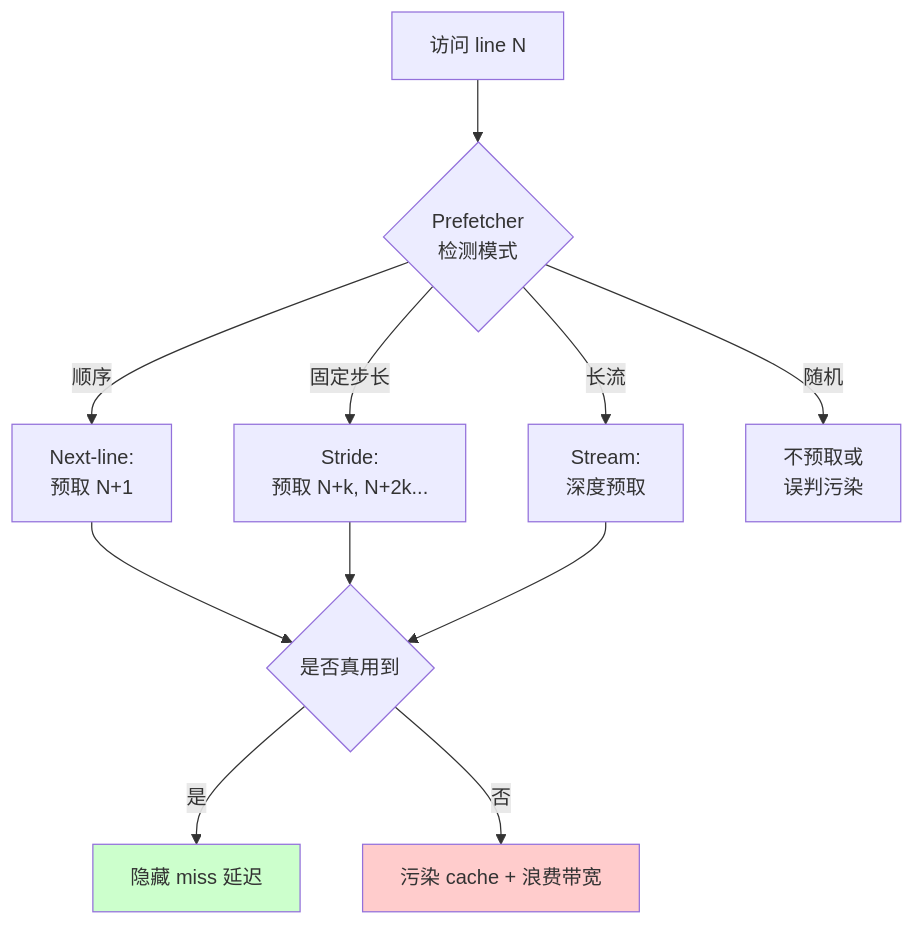
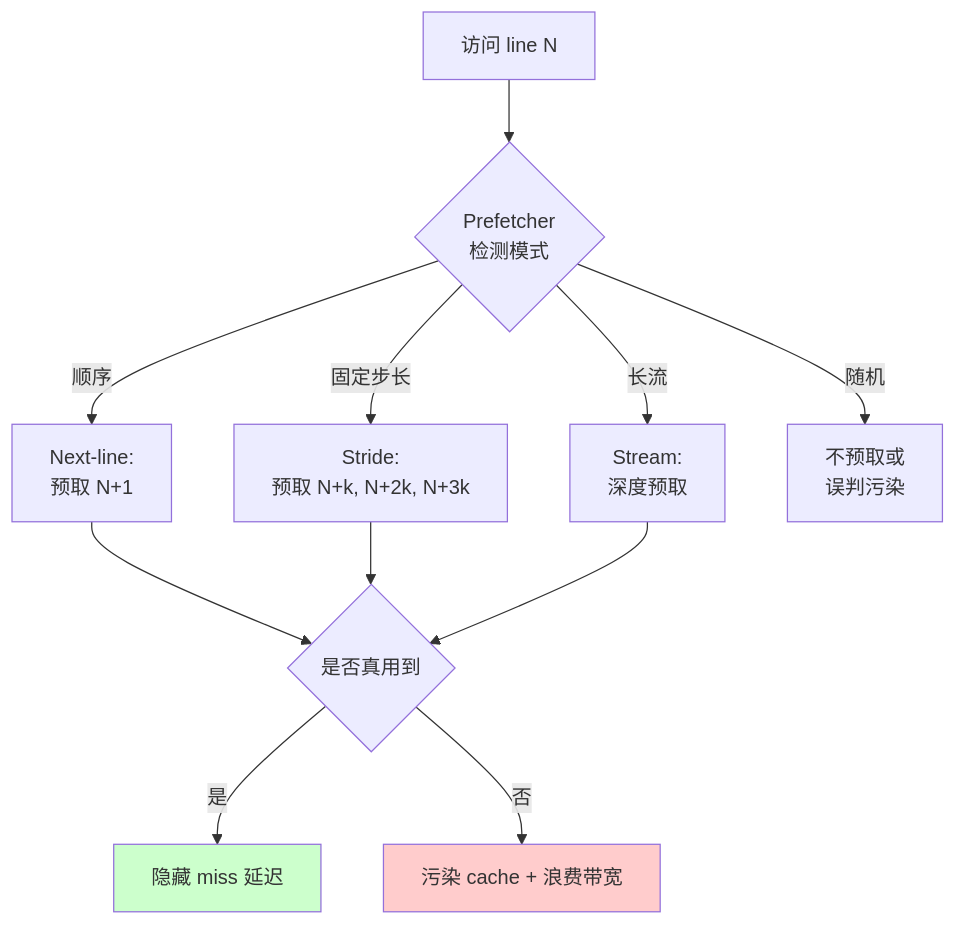
The seventh of 7 diagrams in ai-infra-tutorial/part0-foundations-of-systems/0a5-cache-hierarchy.md (qxhy123/learn), drawn with Mermaid before and after one commit. The commit also changed 15 other files, not shown here.

````diff
--- a/ai-infra-tutorial/part0-foundations-of-systems/0a5-cache-hierarchy.md
+++ b/ai-infra-tutorial/part0-foundations-of-systems/0a5-cache-hierarchy.md
@@ -398,15 +398,15 @@
 ```mermaid
 flowchart TB
   Access[访问 line N] --> Detect{Prefetcher<br/>检测模式}
   Detect -->|顺序| NextLine[Next-line:<br/>预取 N+1]
-  Detect -->|固定步长| Stride[Stride:<br/>预取 N+k, N+2k...]
+  Detect -->|固定步长| Stride[Stride:<br/>预取 N+k, N+2k, N+3k]
   Detect -->|长流| Stream[Stream:<br/>深度预取]
   Detect -->|随机| NoOp[不预取或<br/>误判污染]
   NextLine --> Useful{是否真用到}
   Stride --> Useful
   Stream --> Useful
   Useful -->|是| Hide[隐藏 miss 延迟]
   Useful -->|否| Pollute[污染 cache + 浪费带宽]
   style Hide fill:#cfc
   style Pollute fill:#fcc
 ```
````
